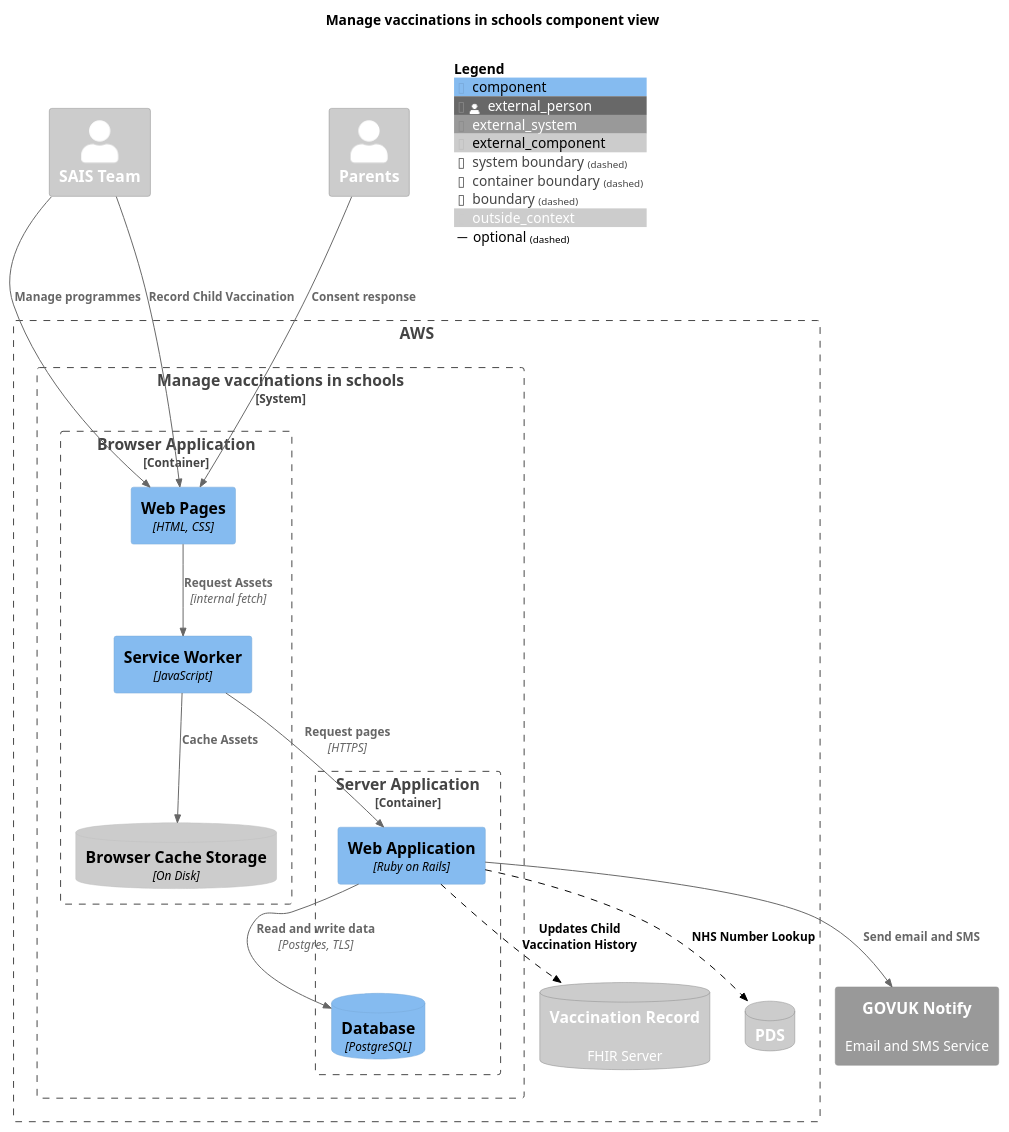
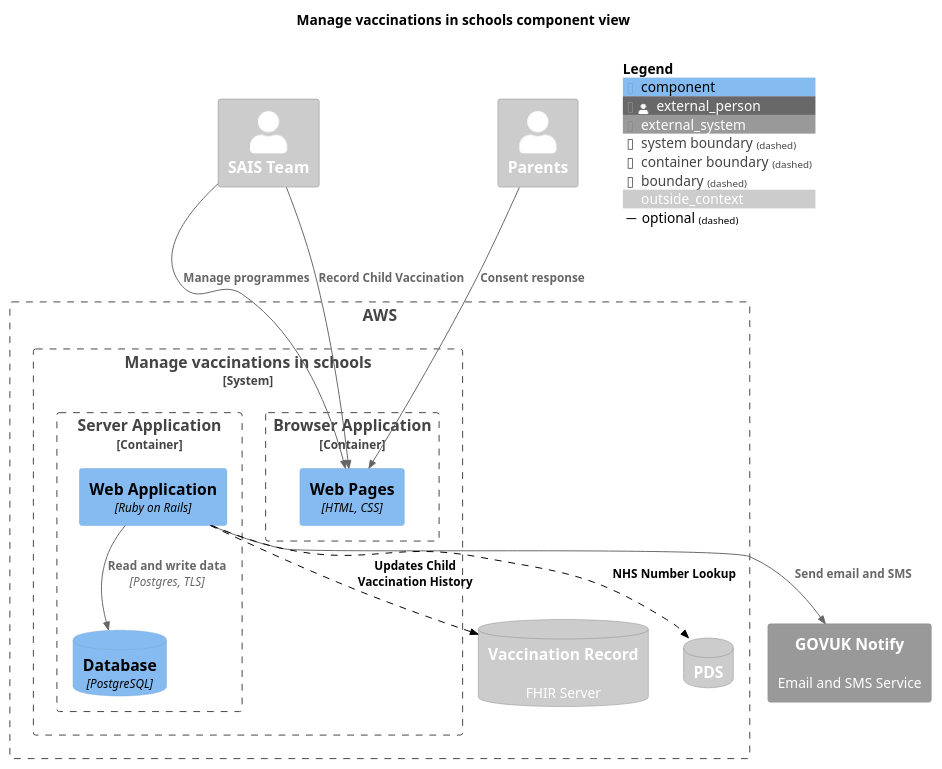
The diagram in docs/diagrams/component-view-future.puml (nhsuk/manage-vaccinations-in-schools), drawn with PlantUML before and after one commit. The commit also changed 15 other files, not shown here.

Commit message:
Remove architecture documents for unused service worker

```diff
--- a/docs/diagrams/component-view-future.puml
+++ b/docs/diagrams/component-view-future.puml
@@ -1,51 +1,46 @@
 @startuml
 
 !include <C4/C4_Component.puml>
 
 LAYOUT_TOP_DOWN()
 
 title "Manage vaccinations in schools component view"
 
 AddElementTag("outside_context", $bgColor="#CCC", $fontColor="#FFF")
 
 Person_Ext(sais, "SAIS Team", $tags="outside_context")
 Person_Ext(parents, "Parents", $tags="outside_context")
 
 Boundary(aws, "AWS") {
   System_Boundary(manage, "Manage vaccinations in schools", "") {
     Container_Boundary(browser, "Browser Application", "JavaScript") {
       Component(pages, "Web Pages", "HTML, CSS")
-      Component(serviceWorker, "Service Worker", "JavaScript")
-      ComponentDb_Ext(cacheStorage, "Browser Cache Storage", "On Disk")
     }
     Container_Boundary(server, "Server Application", "Ruby on Rails") {
       Component(webapp, "Web Application", "Ruby on Rails")
       ComponentDb(database, "Database", "PostgreSQL")
     }
   }
 
   SystemDb_Ext(vaccineRecord, "Vaccination Record", "FHIR Server")
   SystemDb_Ext(pds, "PDS", "")
 }
 
 System_Ext(govukNotify, "GOVUK Notify", "Email and SMS Service")
 SystemDb_Ext(vaccineRecord, "Vaccination Record", "FHIR Server", $tags="outside_context")
 SystemDb_Ext(pds, "PDS", "", $tags="outside_context")
 
 AddRelTag("optional", $textColor="black", $lineColor="black", $lineStyle="dashed")
 
 Rel(sais, pages, "Manage programmes")
 Rel(sais, pages, "Record Child Vaccination")
 Rel(parents, pages, "Consent response")
-Rel(pages, serviceWorker, "Request Assets", "internal fetch")
-Rel(serviceWorker, cacheStorage, "Cache Assets")
-Rel(serviceWorker, webapp, "Request pages", "HTTPS")
 Rel(webapp, database, "Read and write data", "Postgres, TLS")
 Rel(webapp, govukNotify, "Send email and SMS")
 Rel(webapp, vaccineRecord, "Updates Child Vaccination History", $tags="optional")
 Rel(webapp, pds, "NHS Number Lookup", $tags="optional")
 
 
 SHOW_FLOATING_LEGEND()
 
 @enduml
```
